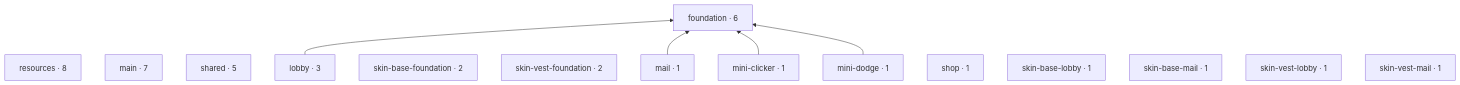
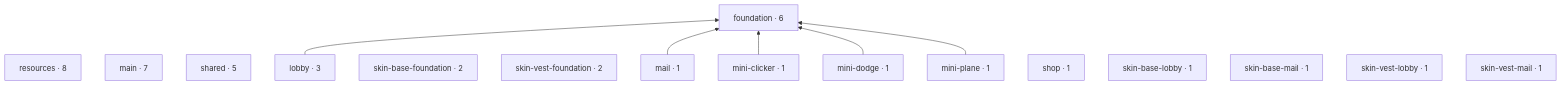
One commit to bearluo/creator-core-kit changed the second of 2 diagrams in apps/demo/docs/bundle-layout.md. Above: the diagram before and after it, drawn with Mermaid. The commit also changed other lines of this file and 31 other files, not shown here.

First line of the commit message:
feat(demo): mini-plane —— 第一个真能玩的功能模块（Kenney tappyplane / CC0）

````diff
--- a/apps/demo/docs/bundle-layout.md
+++ b/apps/demo/docs/bundle-layout.md
@@ -47,22 +47,24 @@
 ```mermaid
 graph BT
   resources["resources · 8"]
   main["main · 7"]
   foundation["foundation · 6"]
   shared["shared · 5"]
   lobby["lobby · 3"]
   skin_base_foundation["skin-base-foundation · 2"]
   skin_vest_foundation["skin-vest-foundation · 2"]
   mail["mail · 1"]
   mini_clicker["mini-clicker · 1"]
   mini_dodge["mini-dodge · 1"]
+  mini_plane["mini-plane · 1"]
   shop["shop · 1"]
   skin_base_lobby["skin-base-lobby · 1"]
   skin_base_mail["skin-base-mail · 1"]
   skin_vest_lobby["skin-vest-lobby · 1"]
   skin_vest_mail["skin-vest-mail · 1"]
   lobby --> foundation
   mail --> foundation
   mini_clicker --> foundation
   mini_dodge --> foundation
+  mini_plane --> foundation
 ```
````
